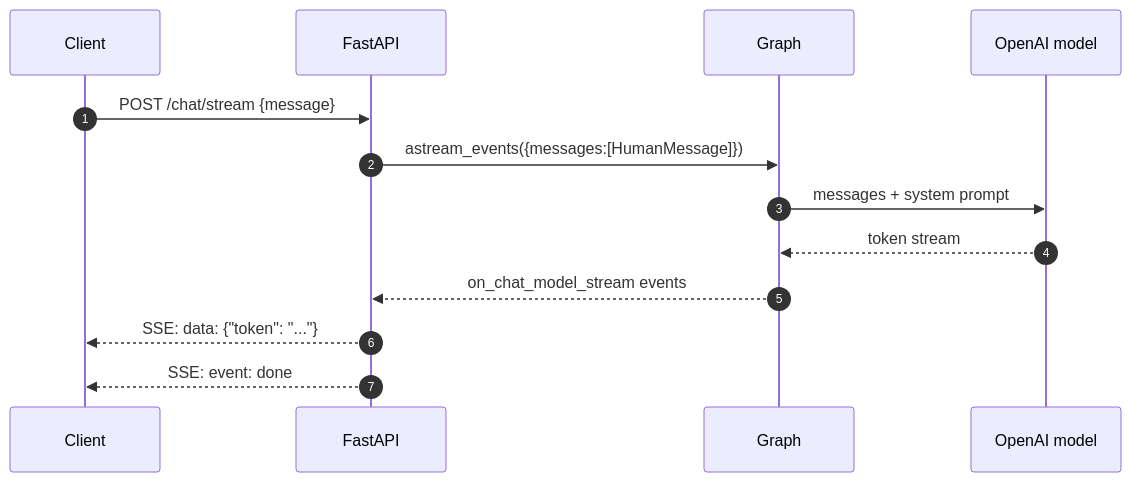
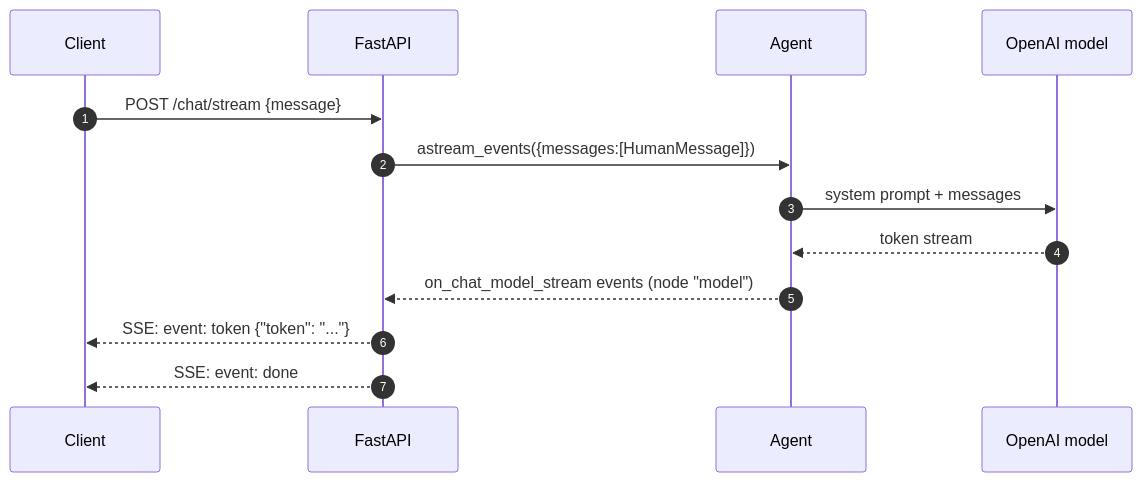
Before and after one commit to Anirudh1905/agentic-ai-chatbot: the second of 2 diagrams in docs/phase-1-foundation.md, drawn with Mermaid. The commit also changed other lines of this file and 37 other files, not shown here.

````diff
--- a/docs/phase-1-foundation.md
+++ b/docs/phase-1-foundation.md
@@ -41,16 +43,16 @@
 ```mermaid
 sequenceDiagram
     autonumber
     participant C as Client
     participant A as FastAPI
-    participant G as Graph
+    participant G as Agent
     participant L as OpenAI model
 
     C->>A: POST /chat/stream {message}
     A->>G: astream_events({messages:[HumanMessage]})
-    G->>L: messages + system prompt
+    G->>L: system prompt + messages
     L-->>G: token stream
-    G-->>A: on_chat_model_stream events
-    A-->>C: SSE: data: {"token": "..."}
+    G-->>A: on_chat_model_stream events (node "model")
+    A-->>C: SSE: event: token {"token": "..."}
     A-->>C: SSE: event: done
 ```
````
